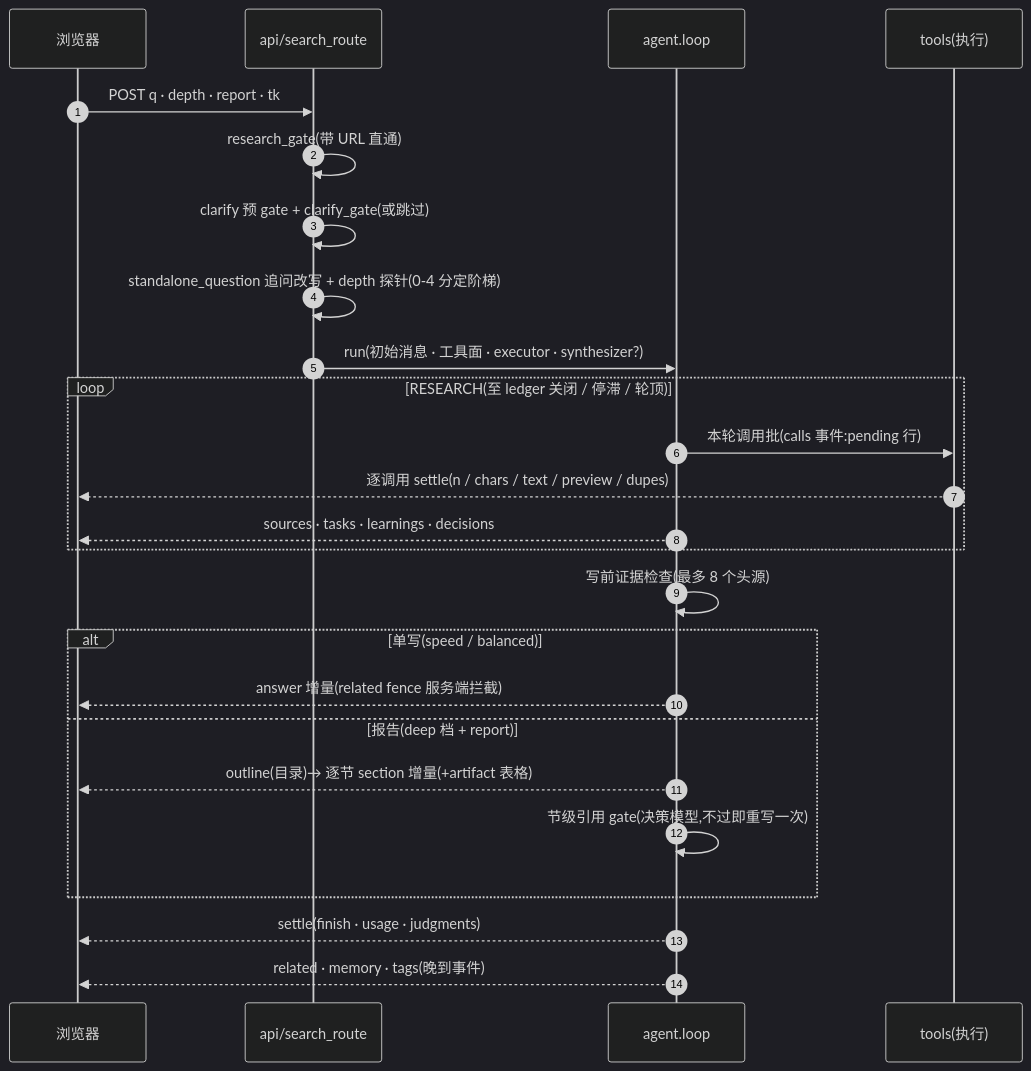
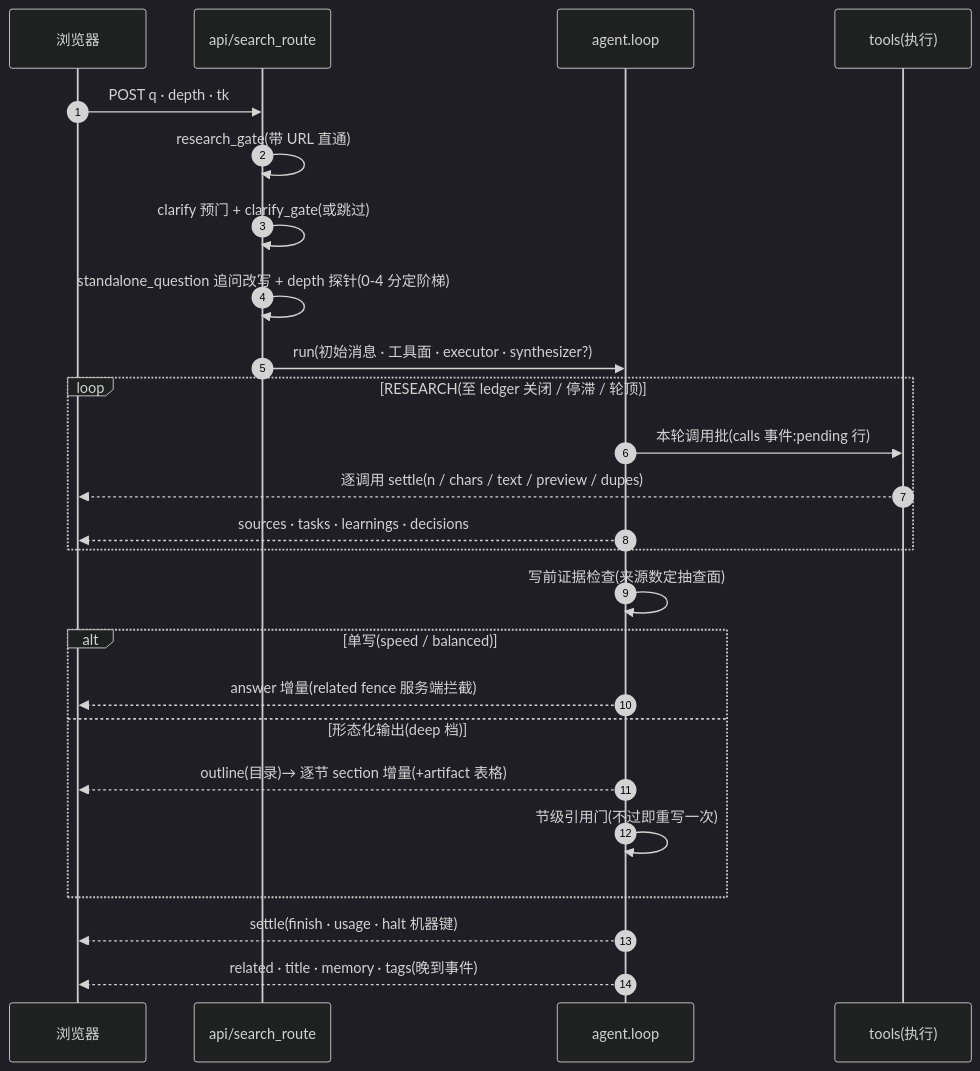
The second of 5 diagrams in NEXTGEN-DESIGN.md (hezhijie0327/ZJSearch), drawn with Mermaid (dark theme) before and after one commit. The commit also changed other lines of this file and 3 other files, not shown here.

````diff
--- a/NEXTGEN-DESIGN.md
+++ b/NEXTGEN-DESIGN.md
@@ -671,27 +260,27 @@
 ```mermaid
 sequenceDiagram
   autonumber
   participant C as 浏览器
   participant R as api/search_route
   participant L as agent.loop
   participant X as tools(执行)
-  C->>R: POST q · depth · report · tk
+  C->>R: POST q · depth · tk
   R->>R: research_gate(带 URL 直通)
-  R->>R: clarify 预 gate + clarify_gate(或跳过)
+  R->>R: clarify 预门 + clarify_gate(或跳过)
   R->>R: standalone_question 追问改写 + depth 探针(0-4 分定阶梯)
   R->>L: run(初始消息 · 工具面 · executor · synthesizer?)
   loop RESEARCH(至 ledger 关闭 / 停滞 / 轮顶)
     L->>X: 本轮调用批(calls 事件:pending 行)
     X-->>C: 逐调用 settle(n / chars / text / preview / dupes)
     L-->>C: sources · tasks · learnings · decisions
   end
-  L->>L: 写前证据检查(最多 8 个头源)
+  L->>L: 写前证据检查(来源数定抽查面)
   alt 单写(speed / balanced)
     L-->>C: answer 增量(related fence 服务端拦截)
-  else 报告(deep 档 + report)
+  else 形态化输出(deep 档)
     L-->>C: outline(目录)→ 逐节 section 增量(+artifact 表格)
-    L->>L: 节级引用 gate(决策模型,不过即重写一次)
+    L->>L: 节级引用门(不过即重写一次)
   end
-  L-->>C: settle(finish · usage · judgments)
-  L-->>C: related · memory · tags(晚到事件)
+  L-->>C: settle(finish · usage · halt 机器键)
+  L-->>C: related · title · memory · tags(晚到事件)
 ```
````
